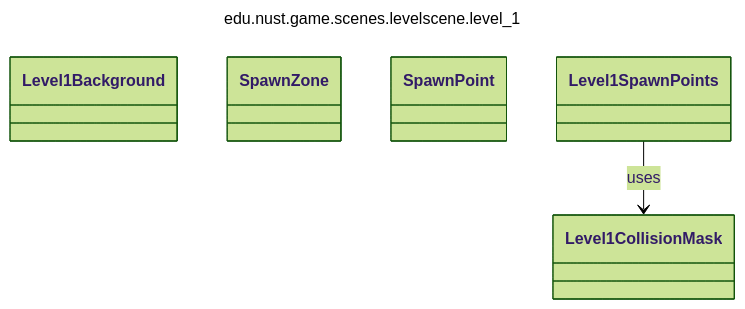
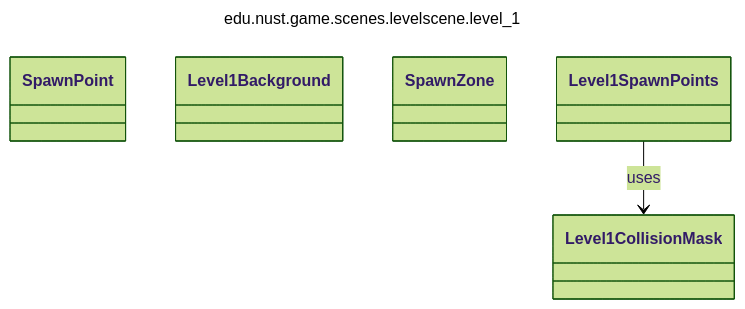
One commit to zombie-zero-nust/zombie-zero changed the diagram in uml/generated/mmd/package_edu_nust_game_scenes_levelscene_level_1.mmd. Above: the diagram before and after it, drawn with Mermaid (forest theme). The commit also changed other lines of this file and 77 other files, not shown here.

Commit message:
Generate UML from script

```diff
--- a/uml/generated/mmd/package_edu_nust_game_scenes_levelscene_level_1.mmd
+++ b/uml/generated/mmd/package_edu_nust_game_scenes_levelscene_level_1.mmd
@@ -1,17 +1,17 @@
 ---
 title: edu.nust.game.scenes.levelscene.level_1
 config:
   look: classic
   layout: dagre
   flowchart:
     curve: linear
   class:
     defaultRenderer: dagre-wrapper
 ---
 classDiagram
+class SpawnPoint
 class Level1Background
 class SpawnZone
-class SpawnPoint
 class Level1SpawnPoints
 class Level1CollisionMask
 Level1SpawnPoints --> Level1CollisionMask : uses
```
